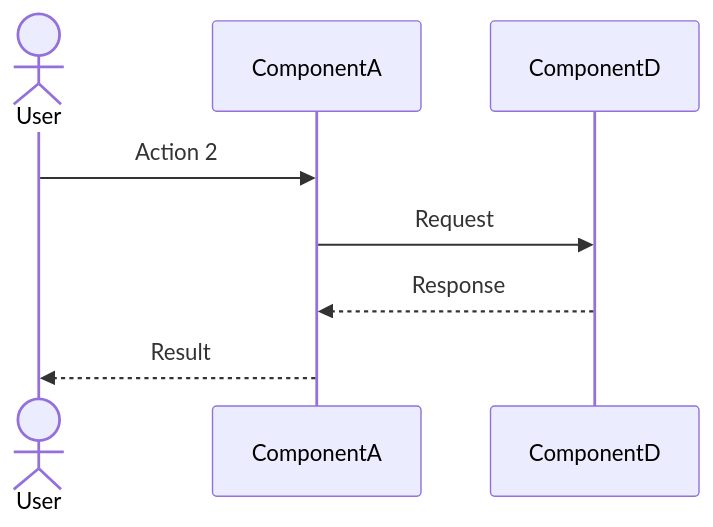
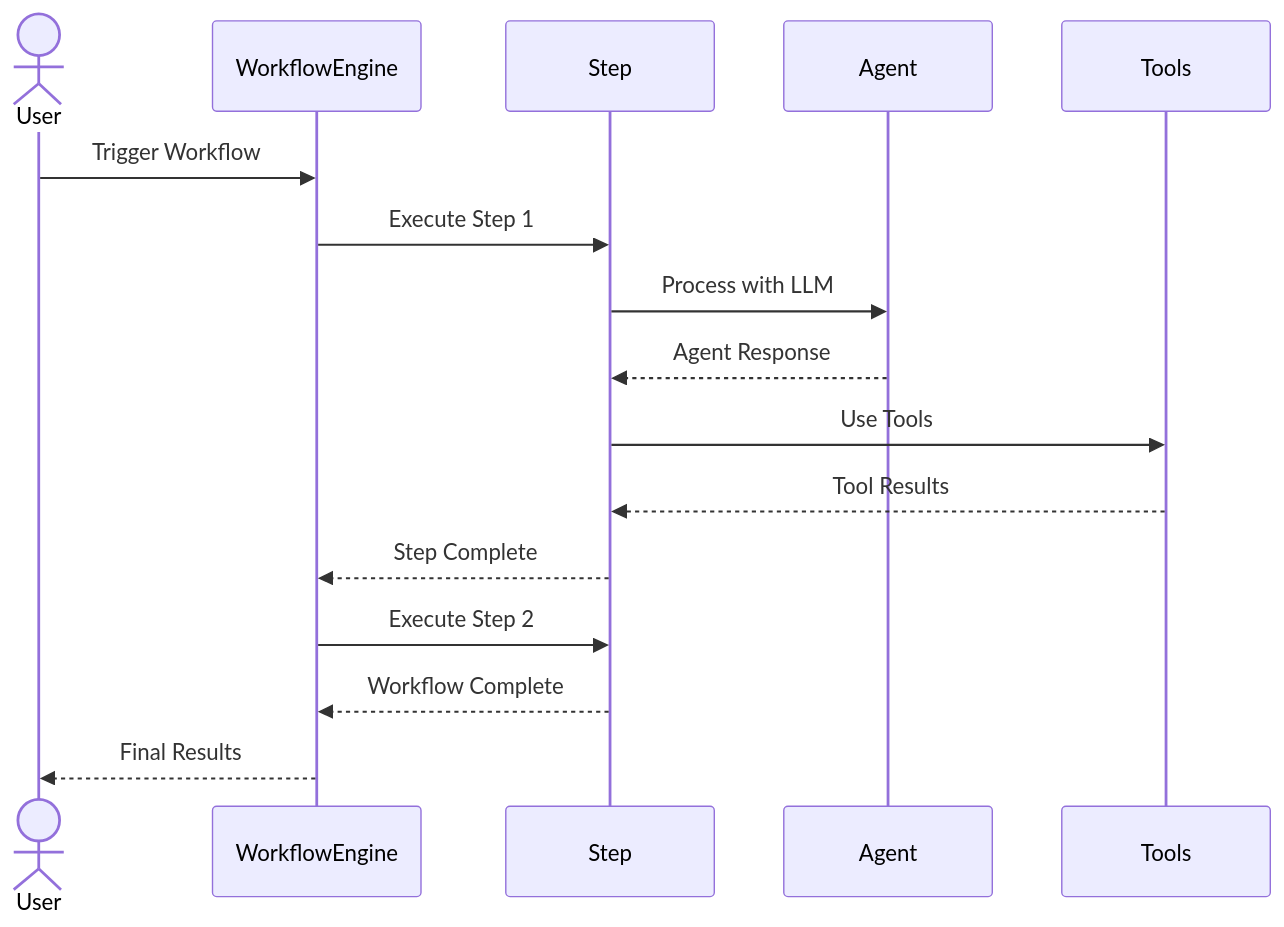
One commit to jwynia/mastra-context-network changed the fourth of 5 diagrams in context-network/foundation/system_overview.md. Above: the diagram before and after it, drawn with Mermaid. The commit also changed other lines of this file and 19 other files, not shown here.

First line of the commit message:
Refactor project from Node-TypeScript to LLM Agent template

````diff
--- a/context-network/foundation/system_overview.md
+++ b/context-network/foundation/system_overview.md
@@ -99,11 +144,19 @@
 ```mermaid
 sequenceDiagram
     actor User
-    participant ComponentA
-    participant ComponentD
+    participant WorkflowEngine
+    participant Step
+    participant Agent
+    participant Tools
     
-    User->>ComponentA: Action 2
-    ComponentA->>ComponentD: Request
-    ComponentD-->>ComponentA: Response
-    ComponentA-->>User: Result
+    User->>WorkflowEngine: Trigger Workflow
+    WorkflowEngine->>Step: Execute Step 1
+    Step->>Agent: Process with LLM
+    Agent-->>Step: Agent Response
+    Step->>Tools: Use Tools
+    Tools-->>Step: Tool Results
+    Step-->>WorkflowEngine: Step Complete
+    WorkflowEngine->>Step: Execute Step 2
+    Step-->>WorkflowEngine: Workflow Complete
+    WorkflowEngine-->>User: Final Results
 ```
````
